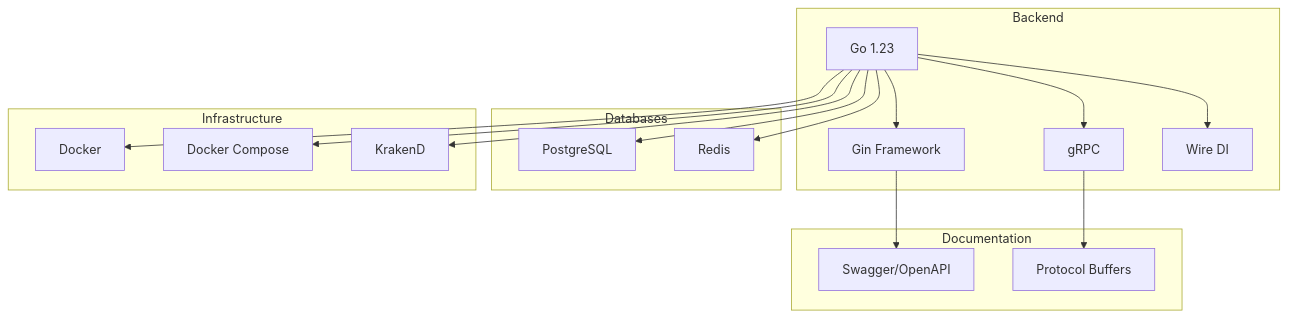
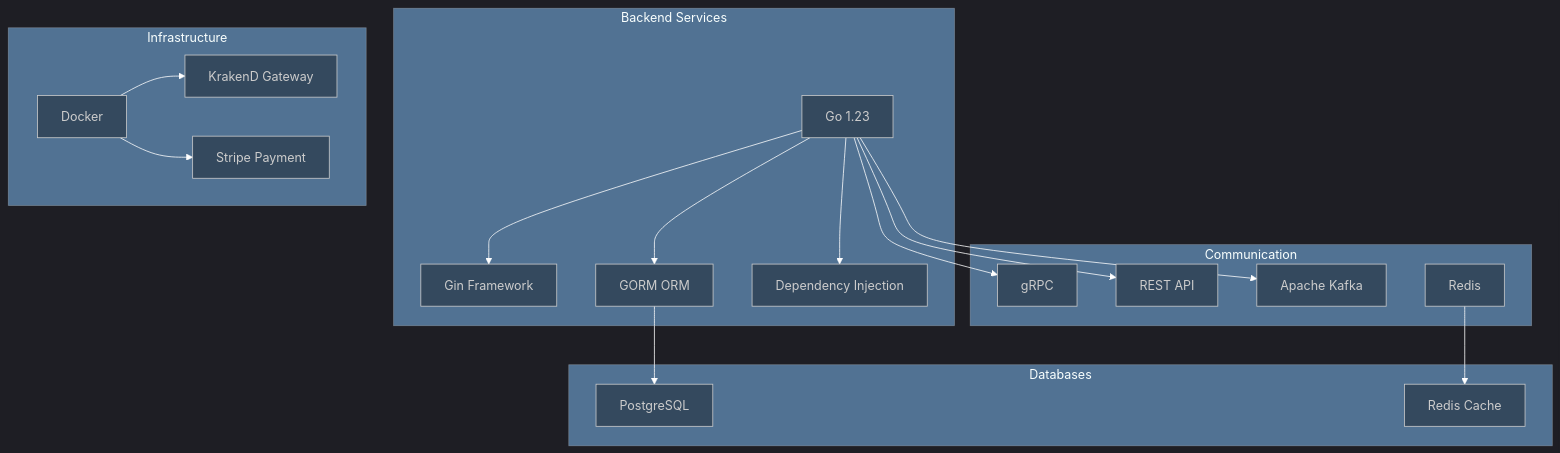
Before and after one commit to ozturkeniss/ddd-micro: the seventh of 11 diagrams in README.md, drawn with Mermaid. The commit also changed other lines of this file, not shown here.

First line of the commit message:
Enhance README with comprehensive architecture overview and service communication flow

````diff
--- a/README.md
+++ b/README.md
@@ -142,36 +259,41 @@
 ```mermaid
+%%{init: {'theme':'dark', 'themeVariables': { 'primaryColor': '#ff6b6b', 'primaryTextColor': '#ffffff', 'primaryBorderColor': '#ff6b6b', 'lineColor': '#ffffff', 'secondaryColor': '#4ecdc4', 'tertiaryColor': '#45b7d1', 'background': '#2c3e50', 'mainBkg': '#34495e', 'secondBkg': '#2c3e50', 'tertiaryBkg': '#34495e'}}}%%
 graph TB
-    subgraph "Backend"
+    subgraph "Backend Services"
         GO[Go 1.23]
         GIN[Gin Framework]
+        GORM[GORM ORM]
+        WIRE[Dependency Injection]
+    end
+    
+    subgraph "Communication"
         GRPC[gRPC]
-        WIRE[Wire DI]
+        HTTP[REST API]
+        KAFKA[Apache Kafka]
+        REDIS[Redis]
     end
     
     subgraph "Databases"
         POSTGRES[PostgreSQL]
-        REDIS_CACHE[Redis]
-    end
-    
-    subgraph "Documentation"
-        SWAGGER[Swagger/OpenAPI]
-        PROTO[Protocol Buffers]
+        REDIS_DB[Redis Cache]
     end
     
     subgraph "Infrastructure"
         DOCKER[Docker]
-        COMPOSE[Docker Compose]
-        KRAKEND[KrakenD]
+        KRAKEND[KrakenD Gateway]
+        STRIPE[Stripe Payment]
     end
     
     GO --> GIN
+    GO --> GORM
+    GO --> WIRE
     GO --> GRPC
-    GO --> WIRE
-    GIN --> SWAGGER
-    GRPC --> PROTO
-    GO --> POSTGRES
-    GO --> REDIS_CACHE
-    GO --> DOCKER
-    GO --> COMPOSE
-    GO --> KRAKEND
+    GO --> HTTP
+    GO --> KAFKA
+    
+    GORM --> POSTGRES
+    REDIS --> REDIS_DB
+    
+    DOCKER --> KRAKEND
+    DOCKER --> STRIPE
 ```
````
